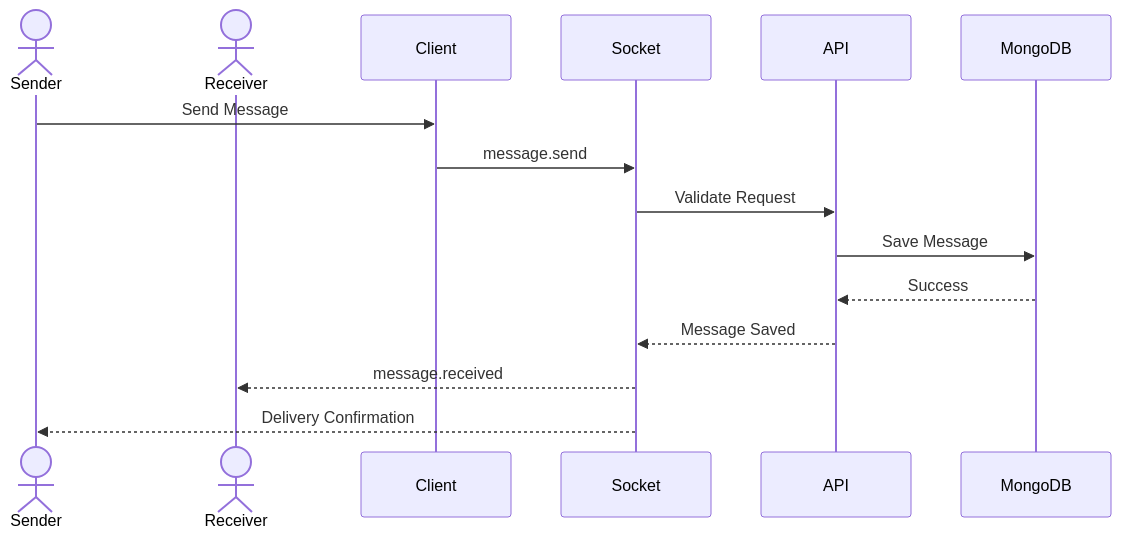
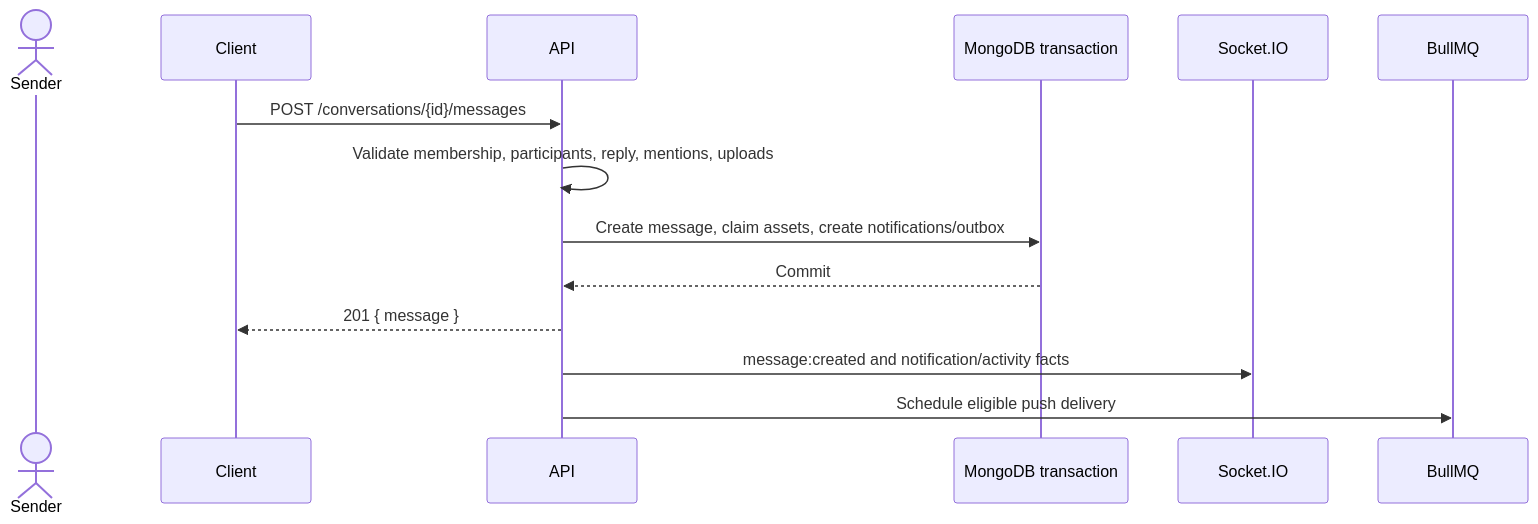
Before and after one commit to RamyMohamed47/intouch-docs: the diagram in Diagrams/Sequence - Send Message.md, drawn with Mermaid. The commit also changed 80 other files, not shown here.

Commit message:
align documentation vault with current InTouch architecture

````diff
--- a/Diagrams/Sequence - Send Message.md
+++ b/Diagrams/Sequence - Send Message.md
@@ -1,31 +3,16 @@
-```mermaid
+~~~mermaid
 sequenceDiagram
-
-    actor Sender
-
-    actor Receiver
-
-    participant Client
-
-    participant Socket
-
-    participant API
-
-    participant MongoDB
-
-    Sender->>Client: Send Message
-
-    Client->>Socket: message.send
-
-    Socket->>API: Validate Request
-
-    API->>MongoDB: Save Message
-
-    MongoDB-->>API: Success
-
-    API-->>Socket: Message Saved
-
-    Socket-->>Receiver: message.received
-
-    Socket-->>Sender: Delivery Confirmation
-```
+  actor Sender
+  participant Client
+  participant API
+  participant DB as MongoDB transaction
+  participant Socket as Socket.IO
+  participant Jobs as BullMQ
+  Client->>API: POST /conversations/{id}/messages
+  API->>API: Validate membership, participants, reply, mentions, uploads
+  API->>DB: Create message, claim assets, create notifications/outbox
+  DB-->>API: Commit
+  API-->>Client: 201 { message }
+  API->>Socket: message:created and notification/activity facts
+  API->>Jobs: Schedule eligible push delivery
+~~~
````
